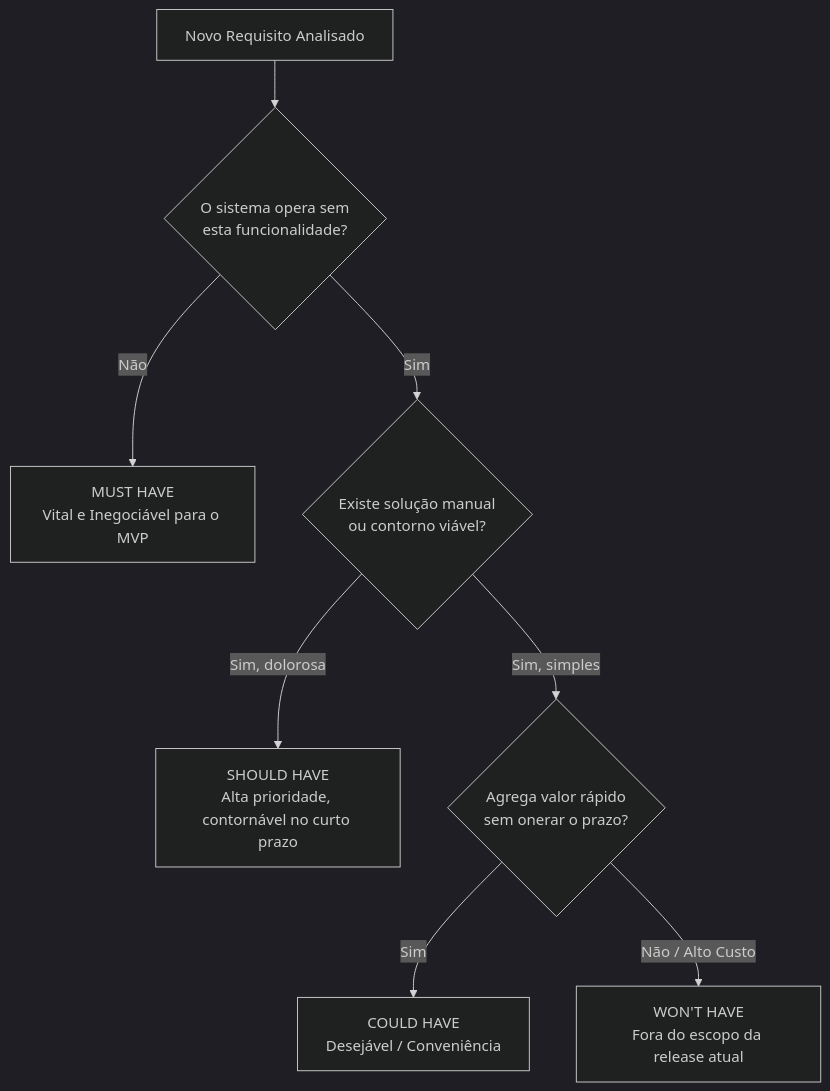
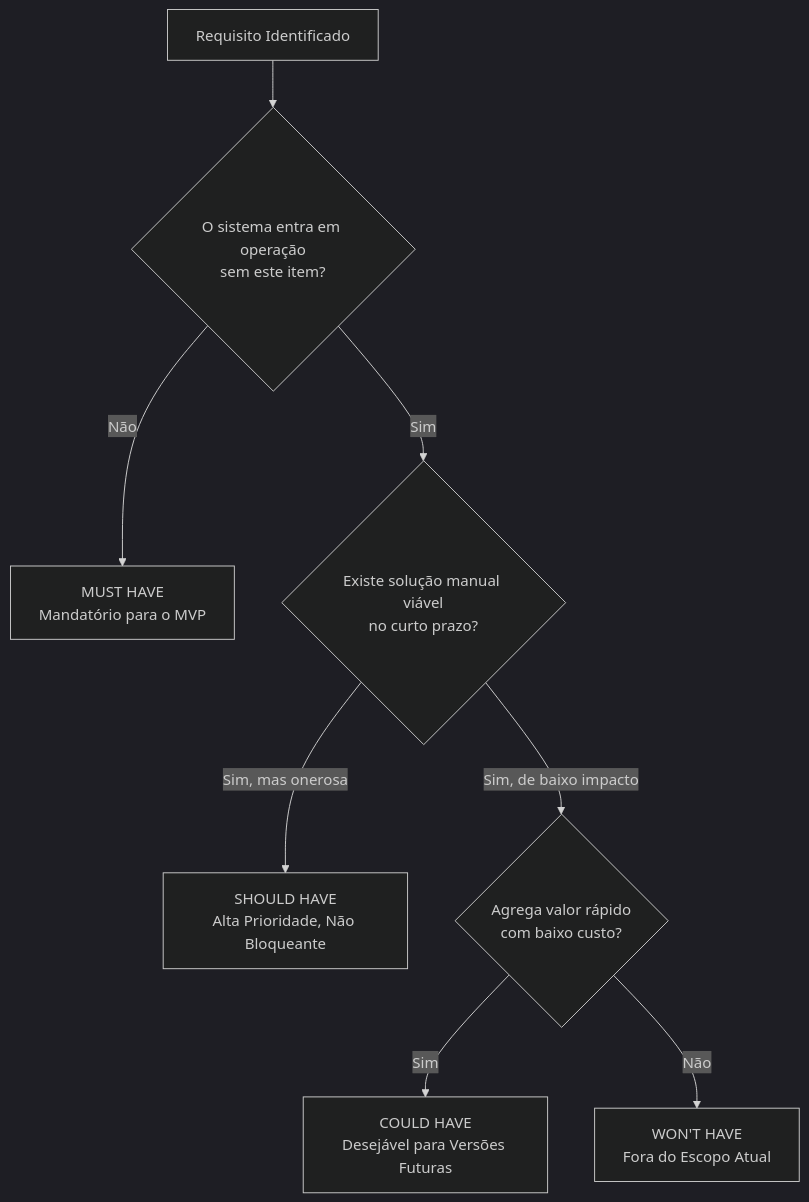
Before and after one commit to murilolol/unifef: diagram 12 of 28 in 4º Semestre/[Prof. Wesley Soares] Engenharia de Software II/Resumos-IA/Caderno-Consolidado.md, drawn with Mermaid (dark theme). The commit also changed other lines of this file and 40 other files, not shown here.

````diff
--- a/4º Semestre/[Prof. Wesley Soares] Engenharia de Software II/Resumos-IA/Caderno-Consolidado.md
+++ b/4º Semestre/[Prof. Wesley Soares] Engenharia de Software II/Resumos-IA/Caderno-Consolidado.md
@@ -506,10 +562,10 @@
 ```mermaid
 flowchart TD
-    Req["Novo Requisito Analisado"] --> M1{O sistema opera sem<br/>esta funcionalidade?}
-    M1 -- Não --> M["MUST HAVE<br/>Vital e Inegociável para o MVP"]
-    M1 -- Sim --> S1{Existe solução manual<br/>ou contorno viável?}
-    S1 -- Sim, dolorosa --> S["SHOULD HAVE<br/>Alta prioridade, contornável no curto prazo"]
-    S1 -- Sim, simples --> C1{Agrega valor rápido<br/>sem onerar o prazo?}
-    C1 -- Sim --> C["COULD HAVE<br/>Desejável / Conveniência"]
-    C1 -- Não / Alto Custo --> W["WON'T HAVE<br/>Fora do escopo da release atual"]
+    REQ["Requisito Identificado"] --> COND1{"O sistema entra em operação<br>sem este item?"}
+    COND1 -- Não --> M["MUST HAVE<br>Mandatório para o MVP"]
+    COND1 -- Sim --> COND2{"Existe solução manual viável<br>no curto prazo?"}
+    COND2 -- Sim, mas onerosa --> S["SHOULD HAVE<br>Alta Prioridade, Não Bloqueante"]
+    COND2 -- Sim, de baixo impacto --> COND3{"Agrega valor rápido<br>com baixo custo?"}
+    COND3 -- Sim --> C["COULD HAVE<br>Desejável para Versões Futuras"]
+    COND3 -- Não --> W["WON'T HAVE<br>Fora do Escopo Atual"]
 ```
````
